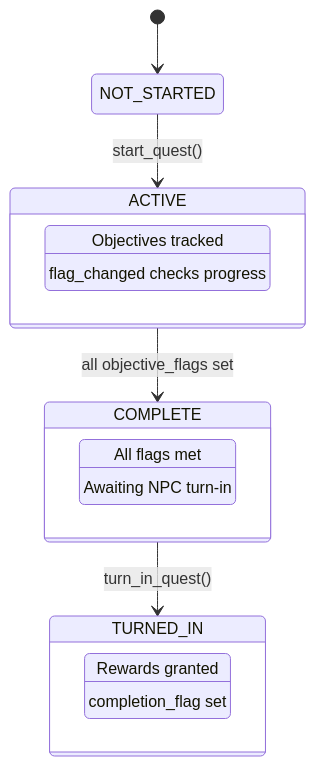
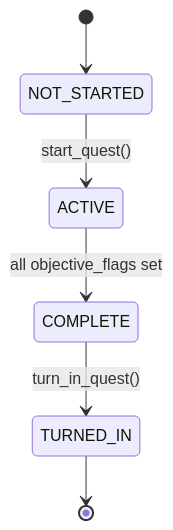
One commit to Jorge-D-Robles/gemini-fantasy changed the first of 2 diagrams in tutorial/20_quest_system.md. Above: the diagram before and after it, drawn with Mermaid. The commit also changed other lines of this file and 24 other files, not shown here.

Commit message:
Refine tutorial Mermaid diagrams

````diff
--- a/tutorial/20_quest_system.md
+++ b/tutorial/20_quest_system.md
@@ -224,21 +224,9 @@
 ```mermaid
 stateDiagram-v2
     [*] --> NOT_STARTED
 
     NOT_STARTED --> ACTIVE : start_quest()
     ACTIVE --> COMPLETE : all objective_flags set
     COMPLETE --> TURNED_IN : turn_in_quest()
-
-    state ACTIVE {
-        [*] : Objectives tracked
-        [*] : flag_changed checks progress
-    }
-    state COMPLETE {
-        [*] : All flags met
-        [*] : Awaiting NPC turn-in
-    }
-    state TURNED_IN {
-        [*] : Rewards granted
-        [*] : completion_flag set
-    }
+    TURNED_IN --> [*]
 ```
````
